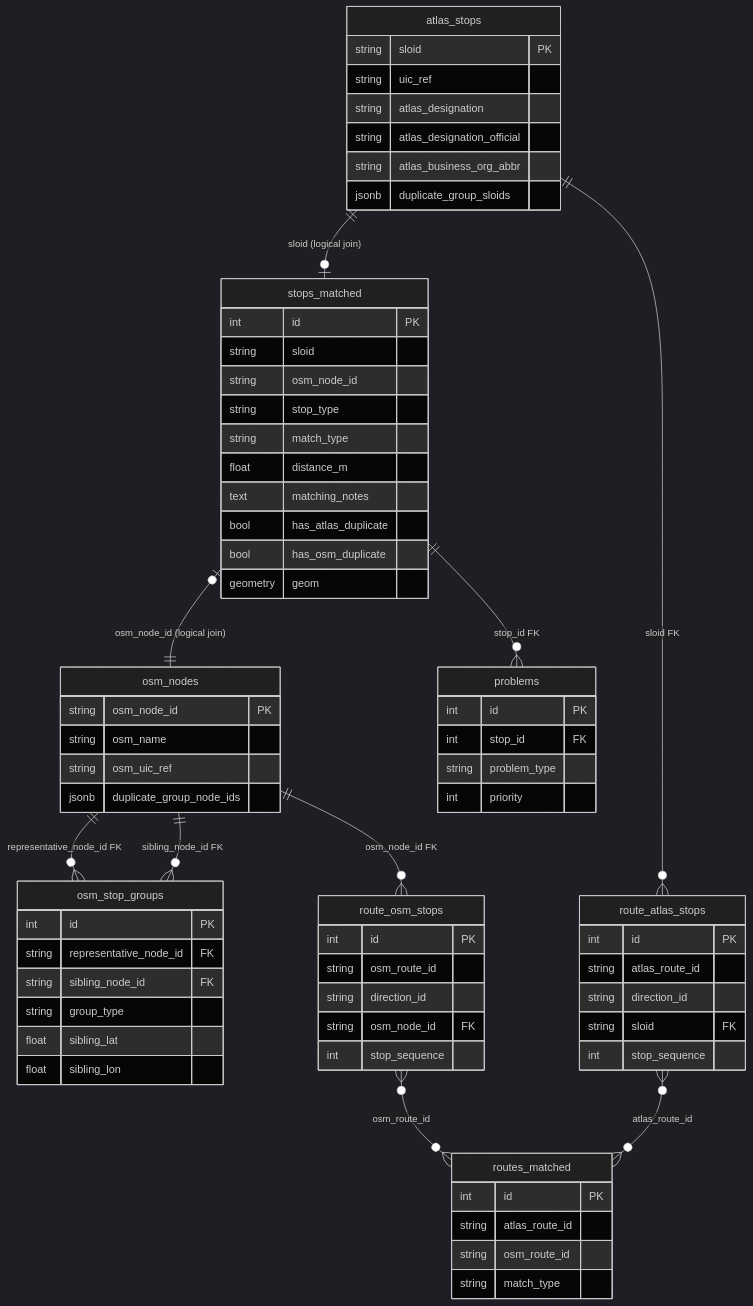
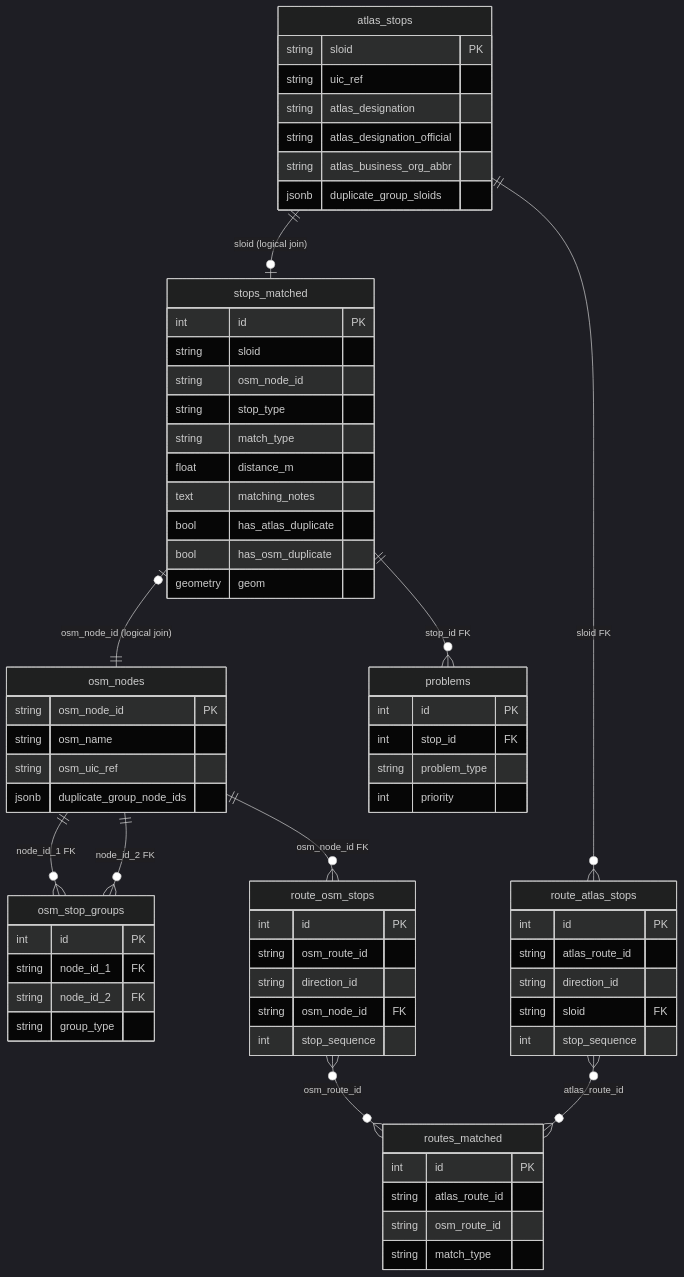
The diagram in documentation/4.1 Import DB Schema.md (openTdataCH/stop_sync_osm_atlas), drawn with Mermaid (dark theme) before and after one commit. The commit also changed other lines of this file and 15 other files, not shown here.

````diff
--- a/documentation/4.1 Import DB Schema.md
+++ b/documentation/4.1 Import DB Schema.md
@@ -9,80 +9,78 @@
 ```mermaid
 erDiagram
     atlas_stops ||--o| stops_matched : "sloid (logical join)"
     stops_matched |o--|| osm_nodes : "osm_node_id (logical join)"
     stops_matched ||--o{ problems : "stop_id FK"
-    osm_nodes ||--o{ osm_stop_groups : "representative_node_id FK"
-    osm_nodes ||--o{ osm_stop_groups : "sibling_node_id FK"
+    osm_nodes ||--o{ osm_stop_groups : "node_id_1 FK"
+    osm_nodes ||--o{ osm_stop_groups : "node_id_2 FK"
     atlas_stops ||--o{ route_atlas_stops : "sloid FK"
     osm_nodes ||--o{ route_osm_stops : "osm_node_id FK"
     route_atlas_stops }o--o{ routes_matched : "atlas_route_id"
     route_osm_stops }o--o{ routes_matched : "osm_route_id"
 
     stops_matched {
         int id PK
         string sloid
         string osm_node_id
         string stop_type
         string match_type
         float distance_m
         text matching_notes
         bool has_atlas_duplicate
         bool has_osm_duplicate
         geometry geom
     }
 
     atlas_stops {
         string sloid PK
         string uic_ref
         string atlas_designation
         string atlas_designation_official
         string atlas_business_org_abbr
         jsonb duplicate_group_sloids
     }
 
     osm_nodes {
         string osm_node_id PK
         string osm_name
         string osm_uic_ref
         jsonb duplicate_group_node_ids
     }
 
     osm_stop_groups {
         int id PK
-        string representative_node_id FK
-        string sibling_node_id FK
+        string node_id_1 FK
+        string node_id_2 FK
         string group_type
-        float sibling_lat
-        float sibling_lon
     }
 
     problems {
         int id PK
         int stop_id FK
         string problem_type
         int priority
     }
 
     route_atlas_stops {
         int id PK
         string atlas_route_id
         string direction_id
         string sloid FK
         int stop_sequence
     }
 
     route_osm_stops {
         int id PK
         string osm_route_id
         string direction_id
         string osm_node_id FK
         int stop_sequence
     }
 
     routes_matched {
         int id PK
         string atlas_route_id
         string osm_route_id
         string match_type
     }
 ```
````
